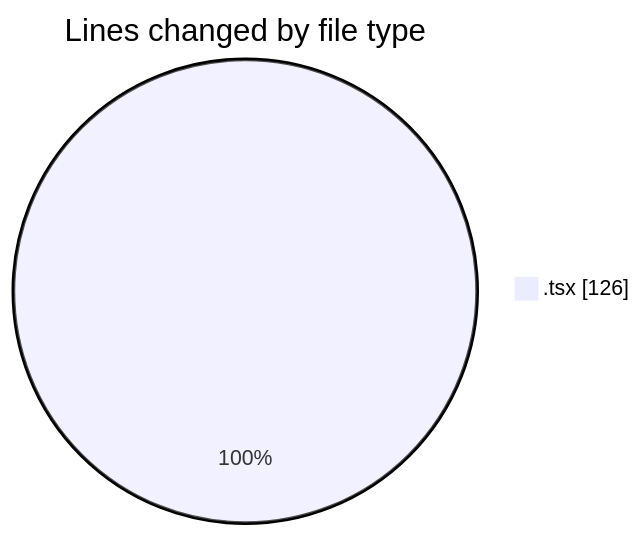
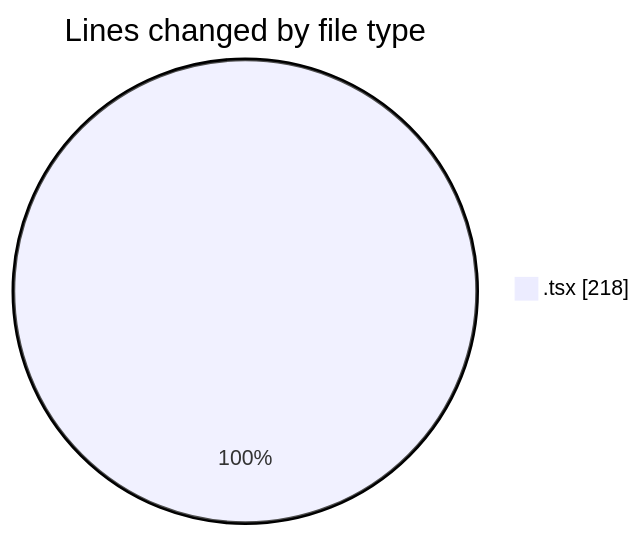
One commit to nxtqubesakshisongat/code-tracking changed the first of 2 diagrams in 2026-08-24/nxtqube_webapp/README.md. Above: the diagram before and after it, drawn with Mermaid. The commit also changed other lines of this file and 1 other file, not shown here.

````diff
--- a/2026-08-24/nxtqube_webapp/README.md
+++ b/2026-08-24/nxtqube_webapp/README.md
@@ -20,5 +21,5 @@
 ```mermaid
 pie showData
 title Lines changed by file type
-".tsx" : 126
+".tsx" : 218
 ```
````
